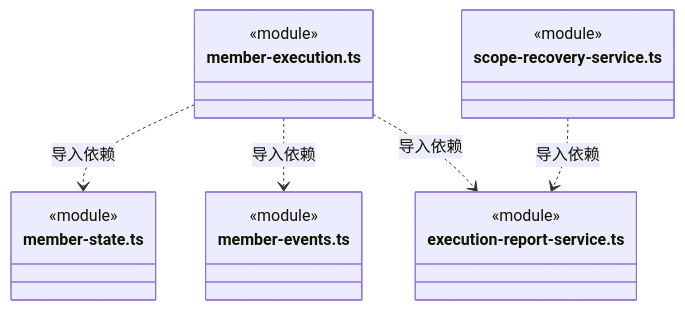
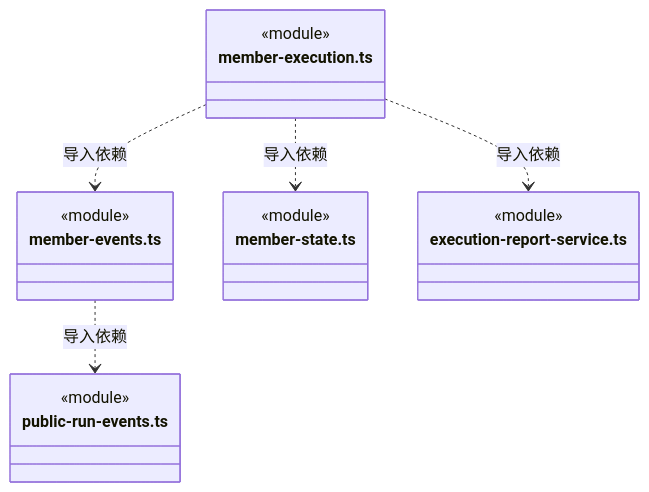
One commit to nan023062/cbim changed diagram 33 of 38 in src/backend/scheduler-engine/execution/ARCHITECTURE.md. Above: the diagram before and after it, drawn with Mermaid. The commit also changed other lines of this file and 53 other files, not shown here.

````diff
--- a/src/backend/scheduler-engine/execution/ARCHITECTURE.md
+++ b/src/backend/scheduler-engine/execution/ARCHITECTURE.md
@@ -865,22 +922,22 @@
 ```mermaid
 classDiagram
+class N_src_backend_scheduler_engine_execution_member_events_ts["member-events.ts"] {
+  <<module>>
+}
+class N_src_backend_scheduler_engine_execution_public_run_events_ts["public-run-events.ts"] {
+  <<module>>
+}
 class N_src_backend_scheduler_engine_execution_member_execution_ts["member-execution.ts"] {
   <<module>>
 }
 class N_src_backend_scheduler_engine_execution_member_state_ts["member-state.ts"] {
   <<module>>
 }
-class N_src_backend_scheduler_engine_execution_member_events_ts["member-events.ts"] {
-  <<module>>
-}
 class N_src_backend_scheduler_engine_execution_execution_report_service_ts["execution-report-service.ts"] {
   <<module>>
 }
-class N_src_backend_scheduler_engine_execution_scope_recovery_service_ts["scope-recovery-service.ts"] {
-  <<module>>
-}
+N_src_backend_scheduler_engine_execution_member_events_ts ..> N_src_backend_scheduler_engine_execution_public_run_events_ts : 导入依赖
 N_src_backend_scheduler_engine_execution_member_execution_ts ..> N_src_backend_scheduler_engine_execution_member_state_ts : 导入依赖
 N_src_backend_scheduler_engine_execution_member_execution_ts ..> N_src_backend_scheduler_engine_execution_member_events_ts : 导入依赖
 N_src_backend_scheduler_engine_execution_member_execution_ts ..> N_src_backend_scheduler_engine_execution_execution_report_service_ts : 导入依赖
-N_src_backend_scheduler_engine_execution_scope_recovery_service_ts ..> N_src_backend_scheduler_engine_execution_execution_report_service_ts : 导入依赖
 ```
````
